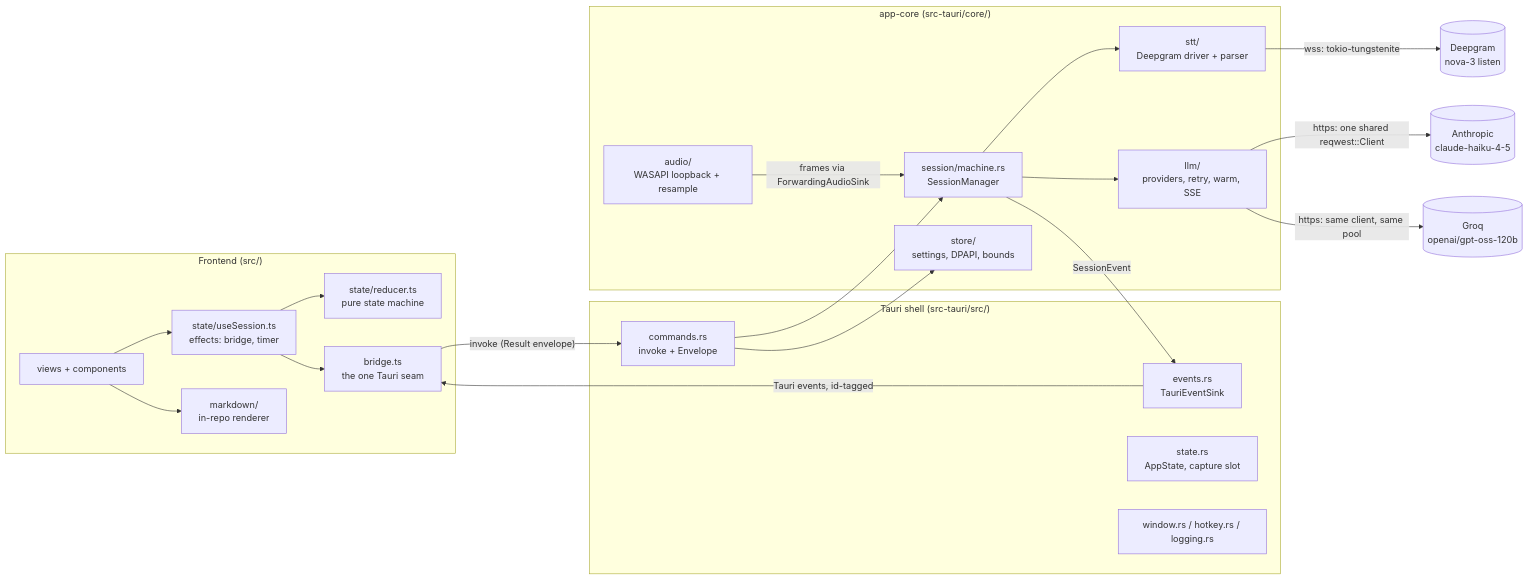
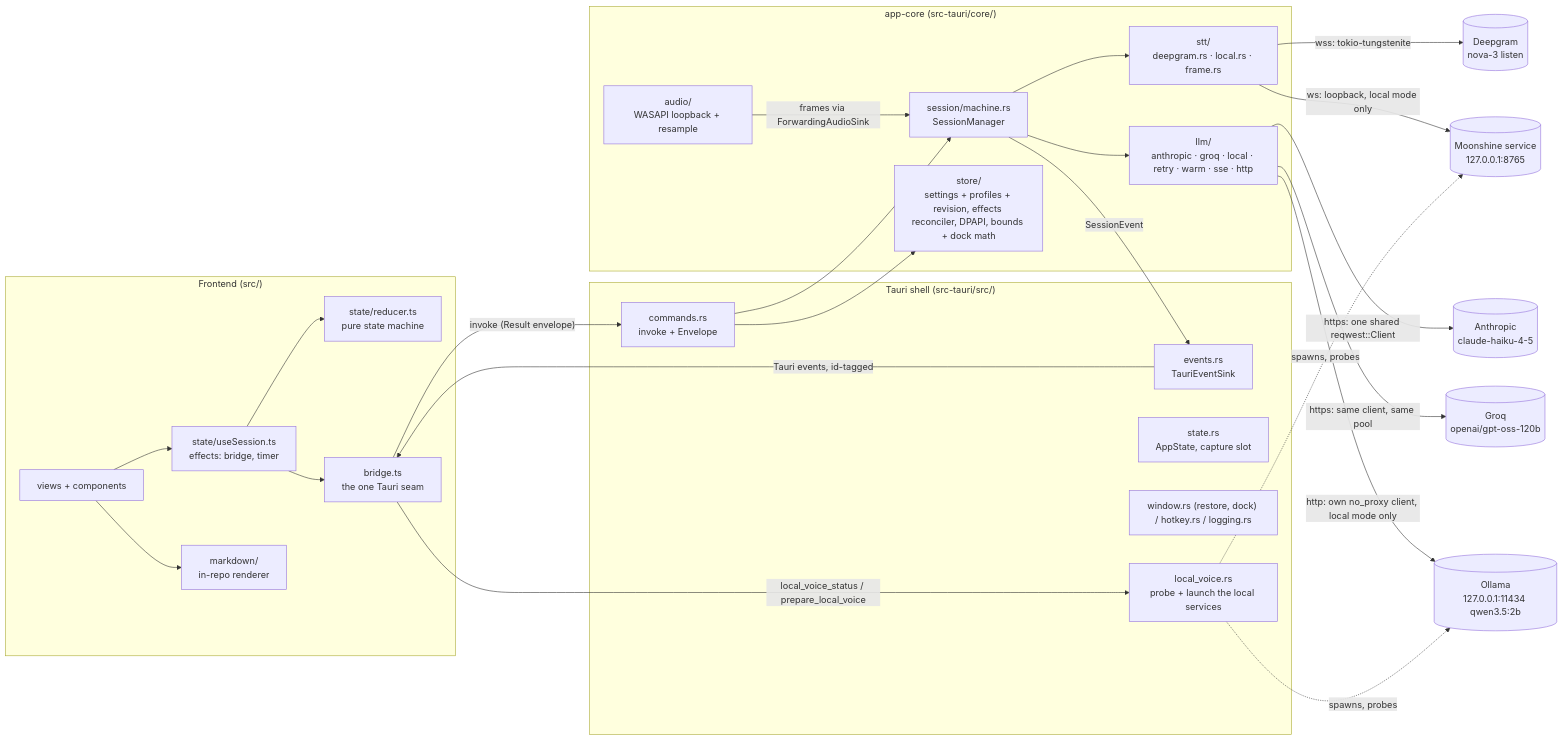
Before and after one commit to elirc/aicallhelper: the first of 4 diagrams in docs/ARCHITECTURE.md, drawn with Mermaid. The commit also changed other lines of this file and 96 other files, not shown here.

````diff
--- a/docs/ARCHITECTURE.md
+++ b/docs/ARCHITECTURE.md
@@ -31,41 +44,47 @@
 ```mermaid
 flowchart LR
     subgraph FE["Frontend (src/)"]
         UI["views + components"]
         RED["state/reducer.ts<br/>pure state machine"]
         HOOK["state/useSession.ts<br/>effects: bridge, timer"]
         MD["markdown/<br/>in-repo renderer"]
         BR["bridge.ts<br/>the one Tauri seam"]
         UI --> HOOK --> RED
         UI --> MD
         HOOK --> BR
     end
 
     subgraph SHELL["Tauri shell (src-tauri/src/)"]
         CMD["commands.rs<br/>invoke + Envelope"]
         EVT["events.rs<br/>TauriEventSink"]
         ST["state.rs<br/>AppState, capture slot"]
-        WIN["window.rs / hotkey.rs / logging.rs"]
+        WIN["window.rs (restore, dock) / hotkey.rs / logging.rs"]
+        LV["local_voice.rs<br/>probe + launch the local services"]
     end
 
     subgraph CORE["app-core (src-tauri/core/)"]
         SM["session/machine.rs<br/>SessionManager"]
         AUD["audio/<br/>WASAPI loopback + resample"]
-        STT["stt/<br/>Deepgram driver + parser"]
-        LLM["llm/<br/>providers, retry, warm, SSE"]
-        STORE["store/<br/>settings, DPAPI, bounds"]
+        STT["stt/<br/>deepgram.rs · local.rs · frame.rs"]
+        LLM["llm/<br/>anthropic · groq · local · retry · warm · sse · http"]
+        STORE["store/<br/>settings + profiles + revision, effects reconciler, DPAPI, bounds + dock math"]
     end
 
     BR -- "invoke (Result envelope)" --> CMD
+    BR -- "local_voice_status / prepare_local_voice" --> LV
     EVT -- "Tauri events, id-tagged" --> BR
     CMD --> SM
     CMD --> STORE
     SM --> STT
     SM --> LLM
     AUD -- "frames via ForwardingAudioSink" --> SM
     SM -- "SessionEvent" --> EVT
 
     STT -- "wss: tokio-tungstenite" --> DG[("Deepgram<br/>nova-3 listen")]
+    STT -- "ws: loopback, local mode only" --> MS[("Moonshine service<br/>127.0.0.1:8765")]
     LLM -- "https: one shared reqwest::Client" --> AN[("Anthropic<br/>claude-haiku-4-5")]
     LLM -- "https: same client, same pool" --> GQ[("Groq<br/>openai/gpt-oss-120b")]
+    LLM -- "http: own no_proxy client, local mode only" --> OL[("Ollama<br/>127.0.0.1:11434 qwen3.5:2b")]
+    LV -. "spawns, probes" .-> OL
+    LV -. "spawns, probes" .-> MS
 ```
````
